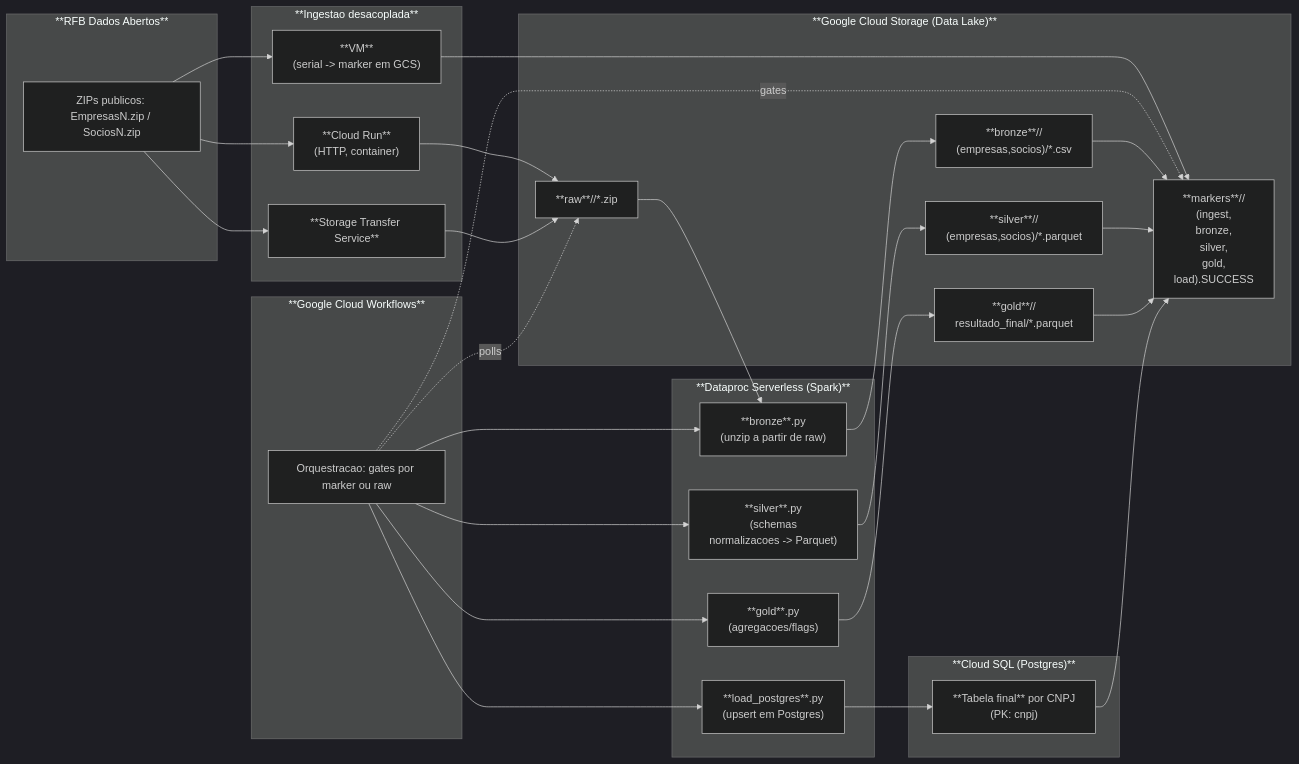
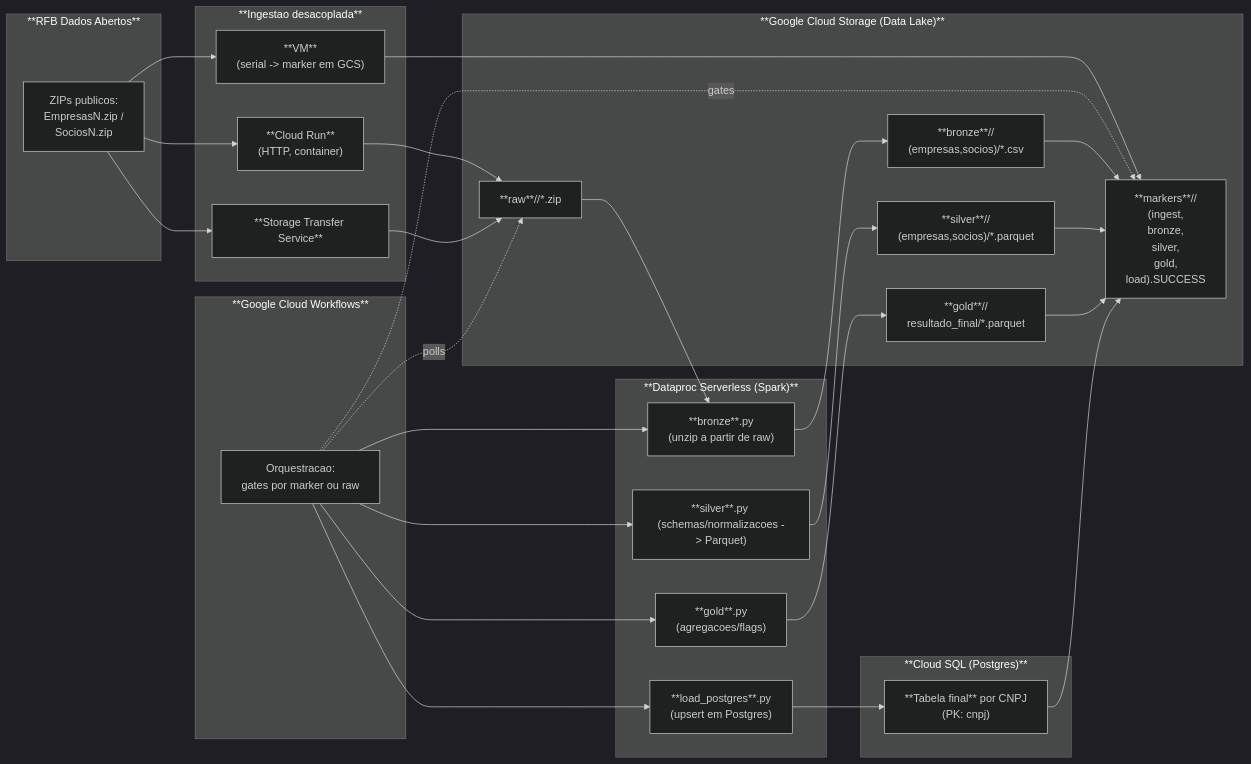
The diagram in README.md (jaquerando/case_stone), drawn with Mermaid (dark theme) before and after one commit.

````diff
--- a/README.md
+++ b/README.md
@@ -48,63 +48,63 @@
 ```mermaid
 flowchart LR
 
   %% === SOURCES ===
   subgraph SRC["**RFB Dados Abertos**"]
-    s1["ZIPs publicos: EmpresasN.zip / SociosN.zip"]
+    s1["ZIPs publicos:<br/> EmpresasN.zip / <br/>SociosN.zip"]
   end
 
   %% === INGEST ===
   subgraph ING["**Ingestao desacoplada**"]
     A["**Cloud Run** <br/>(HTTP, container)"]
     B["**Storage Transfer Service**"]
     C["**VM** <br/>(serial -> marker em GCS)"]
   end
 
   %% === STORAGE ===
   subgraph GCS["**Google Cloud Storage (Data Lake)**"]
     raw["**raw**/<run_id>/*.zip"]
     brz["**bronze**/<run_id>/<br/>(empresas,socios)/*.csv"]
     slv["**silver**/<run_id>/<br/>(empresas,socios)/*.parquet"]
     gld["**gold**/<run_id>/<br/>resultado_final/*.parquet"]
     mrk["**markers**/<run_id>/<br/>(ingest,<br/>bronze,<br/>silver,<br/>gold,<br/>load).SUCCESS"]
   end
 
   %% === WORKFLOWS ===
   subgraph WF["**Google Cloud Workflows**"]
-    wf1["Orquestracao: gates por marker ou raw"]
+    wf1["Orquestracao: <br/>gates por marker ou raw"]
   end
 
   %% === SPARK ===
   subgraph DP["**Dataproc Serverless (Spark)**"]
     p1["**bronze**.py <br/>(unzip a partir de raw)"]
-    p2["**silver**.py <br/>(schemas<br/>normalizacoes -> Parquet)"]
+    p2["**silver**.py <br/>(schemas/normalizacoes -> Parquet)"]
     p3["**gold**.py <br/>(agregacoes/flags)"]
     p4["**load_postgres**.py <br/>(upsert em Postgres)"]
   end
 
   %% === DB ===
   subgraph SQL["**Cloud SQL (Postgres)**"]
     tbl["**Tabela final** por CNPJ <br/>(PK: cnpj)"]
   end
 
   %% === FLUXOS DE DADOS ===
   s1 --> A
   s1 --> B
   s1 --> C
 
   A --> raw
   B --> raw
   C --> mrk
 
   %% join: bronze consome raw; workflows vigia raw/marker
   raw --> p1
   wf1 -. polls .-> raw
   wf1 -. gates .-> mrk
 
   %% pipeline medallion
   wf1 --> p1 --> brz --> mrk
   wf1 --> p2 --> slv --> mrk
   wf1 --> p3 --> gld --> mrk
   wf1 --> p4 --> tbl --> mrk
 
 ```
````
